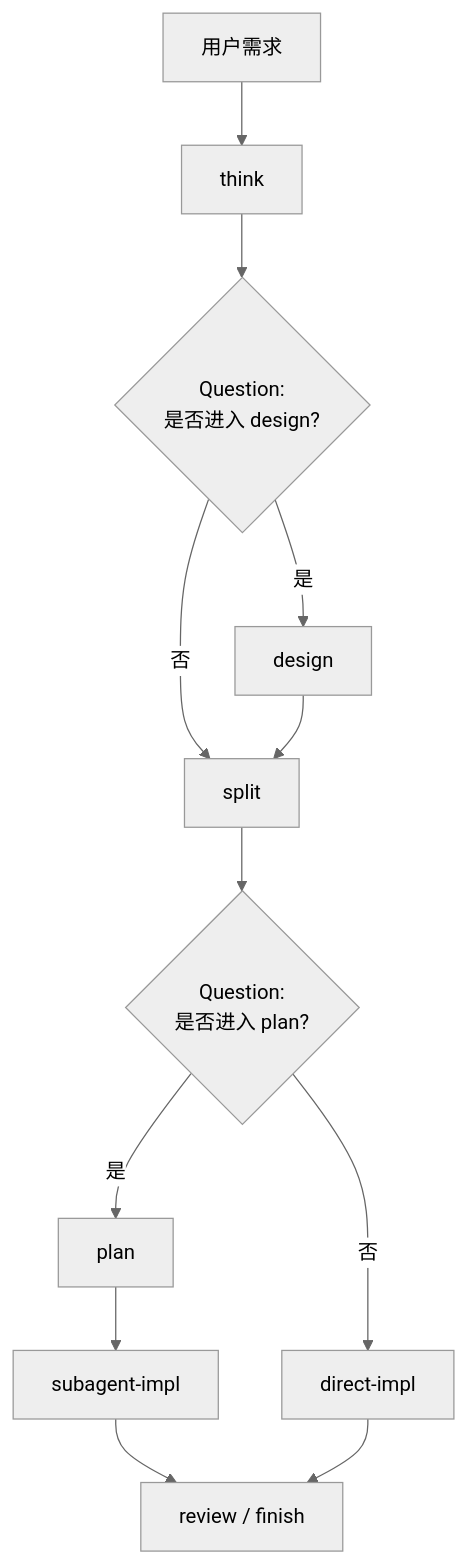
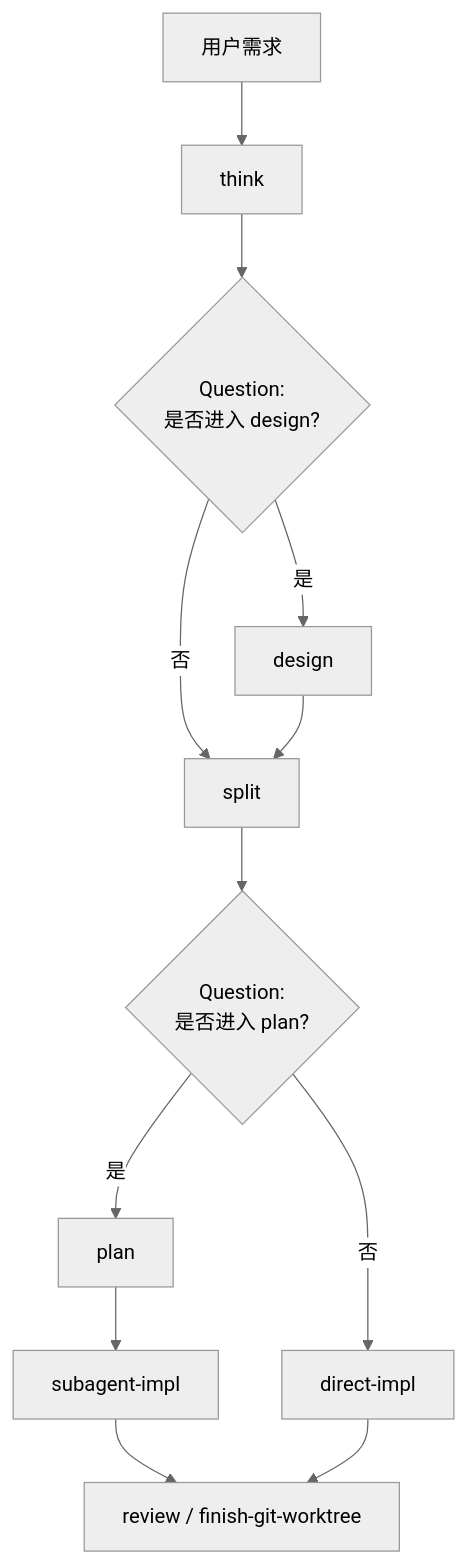
The diagram in skills/using-mission-flow/SKILL.md (BaiduComate/mission-flow), drawn with Mermaid (neutral theme) before and after one commit. The commit also changed 4 other files, not shown here.

Commit message:
ref: rename to finish-git-worktree

````diff
--- a/skills/using-mission-flow/SKILL.md
+++ b/skills/using-mission-flow/SKILL.md
@@ -35,14 +35,14 @@
 ```mermaid
 flowchart TD
     A[用户需求] --> T[think]
     T --> QD{Question:<br/>是否进入 design?}
     QD -->|是| D[design]
     QD -->|否| S[split]
     D --> S
     S --> QP{Question:<br/>是否进入 plan?}
     QP -->|是| P[plan]
     QP -->|否| I[direct-impl]
     P --> E[subagent-impl]
-    E --> R[review / finish]
+    E --> R[review / finish-git-worktree]
     I --> R
 ```
````
